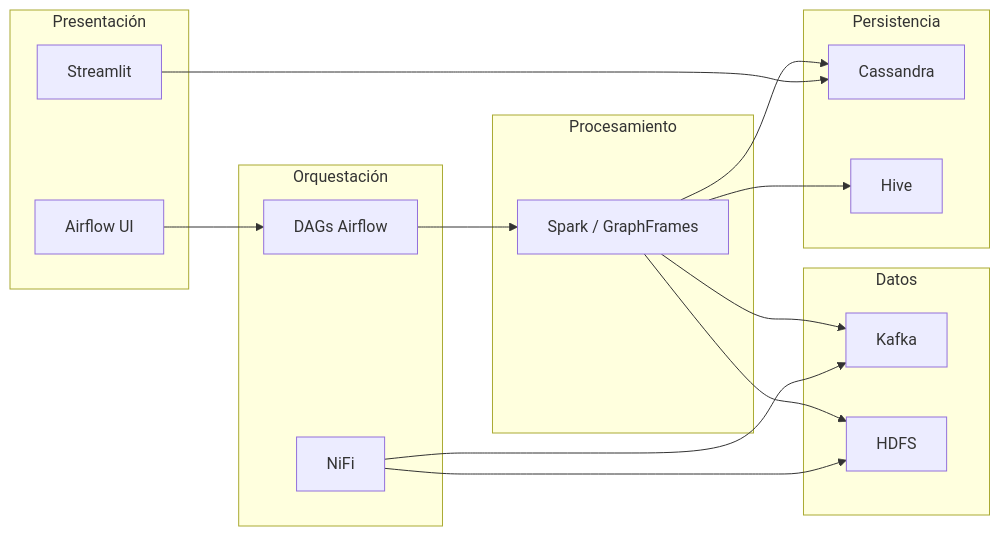
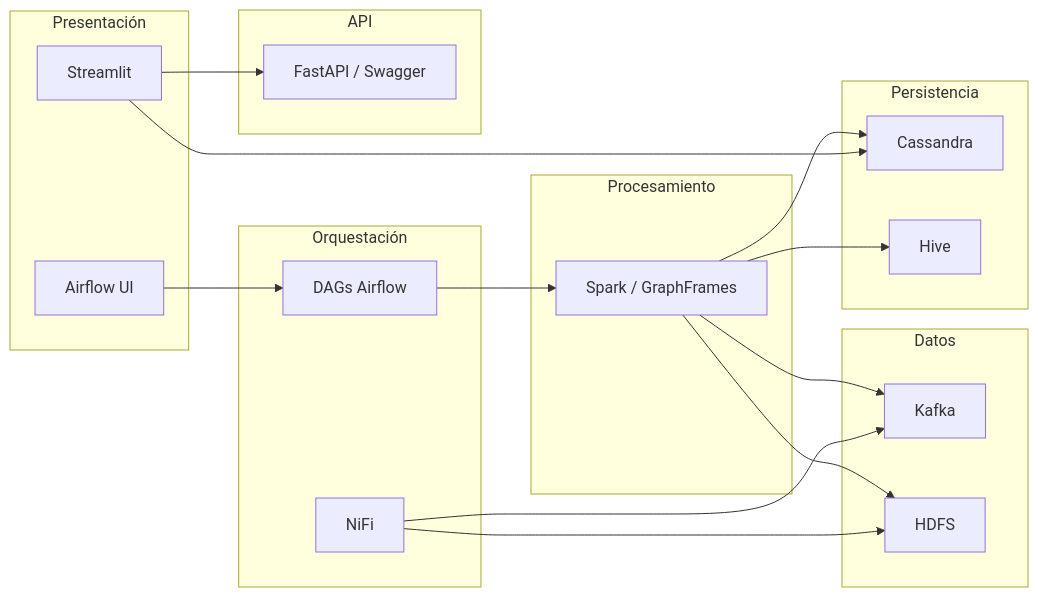
Before and after one commit to gracobjo/proyecto_transporte_global_standalone: the second of 2 diagrams in docs/DISENO_SISTEMA.md, drawn with Mermaid. The commit also changed other lines of this file and 17 other files, not shown here.

````diff
--- a/docs/DISENO_SISTEMA.md
+++ b/docs/DISENO_SISTEMA.md
@@ -107,31 +127,35 @@
 ```mermaid
 flowchart LR
   subgraph Presentación
     ST[Streamlit]
     AFU[Airflow UI]
   end
   subgraph Orquestación
     AFD[DAGs Airflow]
     NIF[NiFi]
   end
   subgraph Datos
     KF[Kafka]
     HD[HDFS]
   end
   subgraph Procesamiento
     SPK[Spark / GraphFrames]
   end
   subgraph Persistencia
     CS[Cassandra]
     HV[Hive]
   end
+  subgraph API
+    FAPI[FastAPI / Swagger]
+  end
   ST --> CS
+  ST --> FAPI
   AFU --> AFD
   AFD --> SPK
   NIF --> KF
   NIF --> HD
   SPK --> KF
   SPK --> HD
   SPK --> CS
   SPK --> HV
 ```
````
